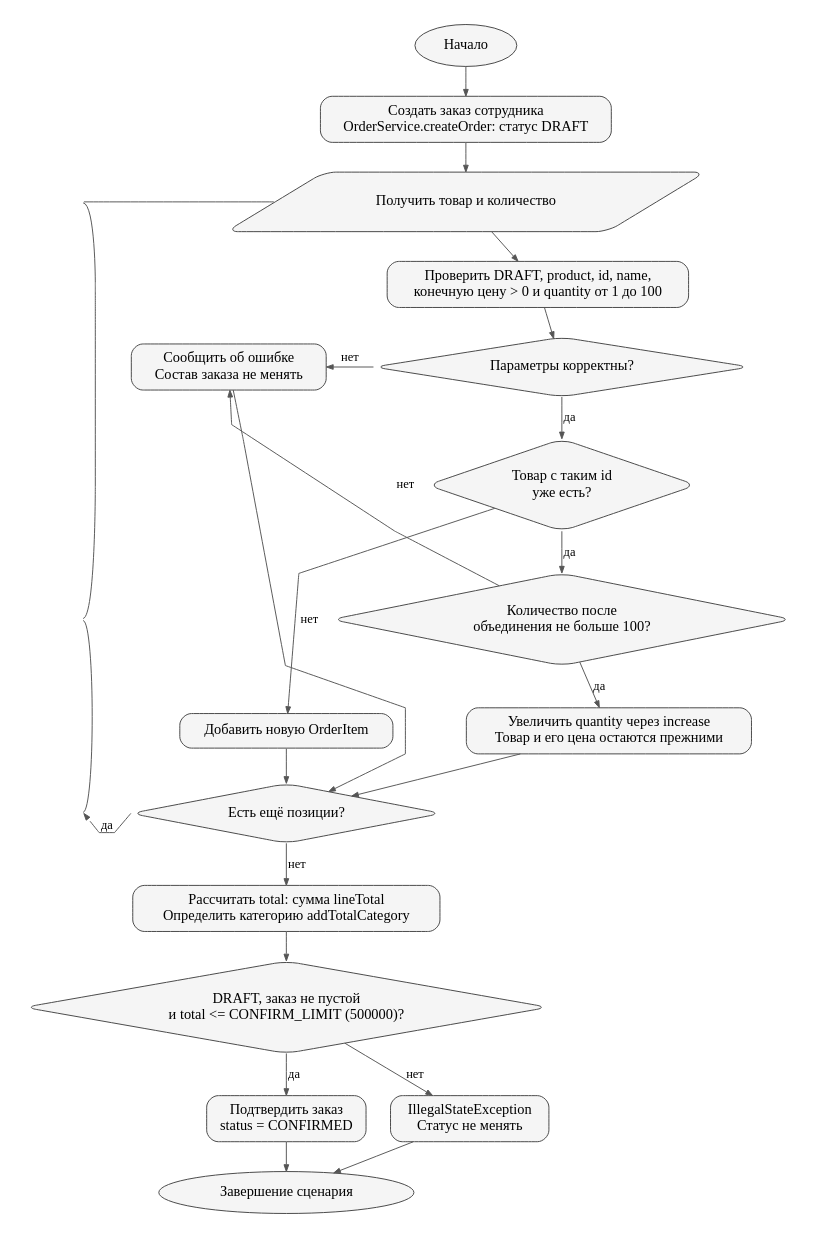
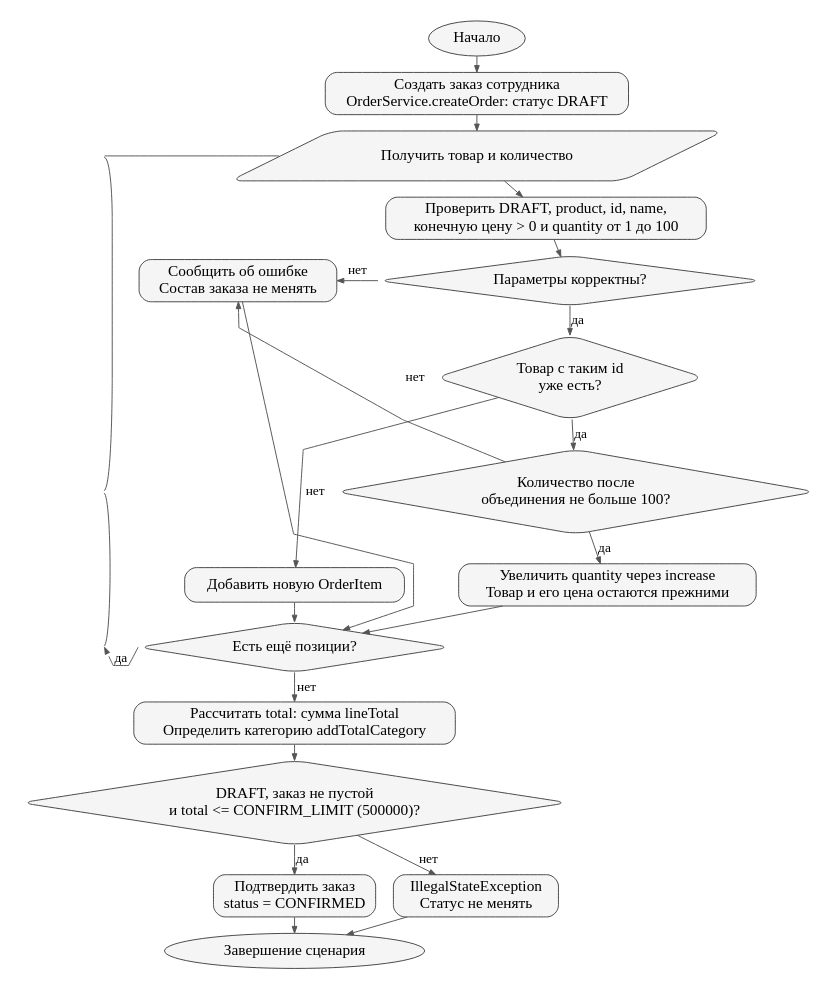
The diagram in diagrams/activity.dot (andryusha-agadzhanyan/pr7-aleshin-ar), drawn with Graphviz before and after one commit. The commit also changed 5 other files, not shown here.

Commit message:
PR7: добавить отчёт, снимки проверок и окончательные диаграммы

```diff
--- a/diagrams/activity.dot
+++ b/diagrams/activity.dot
@@ -1,53 +1,53 @@
 digraph G {
-  graph [rankdir=TB, bgcolor="white", pad=0.25, nodesep=0.35, ranksep=0.42, splines=polyline];
-  node [shape=box, style="rounded,filled", fillcolor="#F5F5F5", color="#444444", fontname="Times New Roman", fontsize=15, margin="0.14,0.10"];
-  edge [fontname="Times New Roman", fontsize=13, color="#555555", arrowsize=0.7];
+  graph [rankdir=TB, bgcolor="white", pad=0.2, nodesep=0.25, ranksep=0.16, splines=polyline];
+  node [shape=box, style="rounded,filled", fillcolor="#F5F5F5", color="#444444", fontname="Times New Roman", fontsize=16, margin="0.08,0.06"];
+  edge [fontname="Times New Roman", fontsize=14, color="#555555", arrowsize=0.7];
   start [label="Начало", shape=oval, group=main];
   create [label="Создать заказ сотрудника\nOrderService.createOrder: статус DRAFT", group=main];
   input [label="Получить товар и количество", shape=parallelogram, group=main];
   validate [label="Проверить DRAFT, product, id, name,\nконечную цену > 0 и quantity от 1 до 100", group=main];
   valid [label="Параметры корректны?", shape=diamond, group=main];
   exists [label="Товар с таким id\nуже есть?", shape=diamond, group=main];
   sumok [label="Количество после\nобъединения не больше 100?", shape=diamond, group=merge];
   merge [label="Увеличить quantity через increase\nТовар и его цена остаются прежними", group=merge];
   add [label="Добавить новую OrderItem", group=main];
   error [label="Сообщить об ошибке\nСостав заказа не менять", group=error];
   more [label="Есть ещё позиции?", shape=diamond, group=main];
   total [label="Рассчитать total: сумма lineTotal\nОпределить категорию addTotalCategory", group=main];
   canconfirm [label="DRAFT, заказ не пустой\nи total <= CONFIRM_LIMIT (500000)?", shape=diamond, group=main];
   confirm [label="Подтвердить заказ\nstatus = CONFIRMED", group=main];
   reject [label="IllegalStateException\nСтатус не менять", group=error];
   end [label="Завершение сценария", shape=oval, group=main];
   backTop [shape=point, width=0, height=0, label="", style=invis, group=loop];
   backMid [shape=point, width=0, height=0, label="", style=invis, group=loop];
   backBottom [shape=point, width=0, height=0, label="", style=invis, group=loop];
   start -> create -> input -> validate -> valid;
   valid -> exists [label="да"];
   valid -> error [label="нет", constraint=false];
   exists -> add [label="нет"];
   exists -> sumok [label="да"];
   sumok -> merge [label="да"];
   sumok -> error [label="нет", constraint=false];
   add -> more;
   merge -> more;
   error -> more [constraint=false];
   more -> backBottom [label="да", constraint=false, arrowhead=none, tailport=w];
   backBottom -> backMid -> backTop [constraint=false, arrowhead=none];
   backTop -> input [constraint=false, headport=w];
   backTop -> backMid -> backBottom [style=invis, weight=100];
   backTop -> input [style=invis, weight=100];
   backMid -> sumok [style=invis, weight=100];
   backBottom -> more [style=invis, weight=100];
   more -> total [label="нет"];
   total -> canconfirm;
   canconfirm -> confirm [label="да"];
   canconfirm -> reject [label="нет"];
   confirm -> end;
   reject -> end [constraint=false];
   {rank=same; valid; error;}
   {rank=same; add; merge;}
   {rank=same; confirm; reject;}
   {rank=same; backTop; input;}
   {rank=same; backMid; sumok;}
   {rank=same; backBottom; more;}
 }
```
